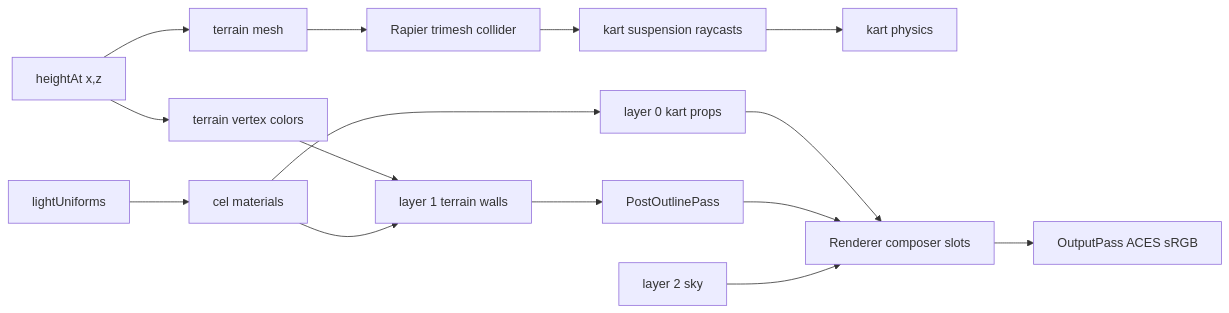
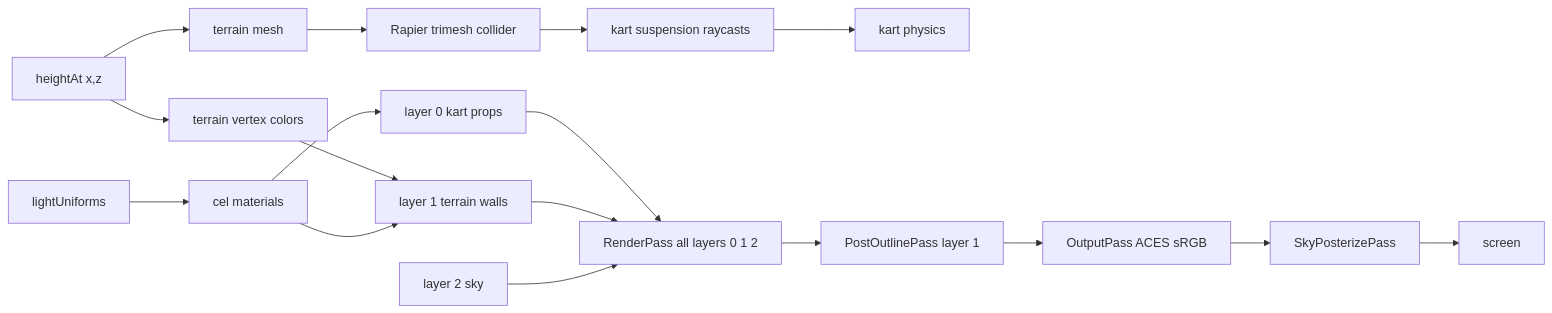
Before and after one commit to jjgroenendijk/cart-game: the diagram in docs/knowledge/data-flows/render-pipeline.md, drawn with Mermaid. The commit also changed other lines of this file and 56 other files, not shown here.

````diff
--- a/docs/knowledge/data-flows/render-pipeline.md
+++ b/docs/knowledge/data-flows/render-pipeline.md
@@ -11,17 +11,19 @@
 ```mermaid
 flowchart LR
   height[heightAt x,z] --> mesh[terrain mesh]
   height --> color[terrain vertex colors]
   mesh --> collider[Rapier trimesh collider]
   collider --> suspension[kart suspension raycasts]
   suspension --> kart[kart physics]
   color --> layer1[layer 1 terrain walls]
   light[lightUniforms] --> cel[cel materials]
   cel --> layer0[layer 0 kart props]
   cel --> layer1
-  layer0 --> renderer[Renderer composer slots]
-  layer1 --> outline[PostOutlinePass]
-  outline --> renderer
-  sky[layer 2 sky] --> renderer
-  renderer --> output[OutputPass ACES sRGB]
+  layer0 --> renderPass[RenderPass all layers 0 1 2]
+  layer1 --> renderPass
+  sky[layer 2 sky] --> renderPass
+  renderPass --> outline[PostOutlinePass layer 1]
+  outline --> output[OutputPass ACES sRGB]
+  output --> posterize[SkyPosterizePass]
+  posterize --> screen[screen]
 ```
````
